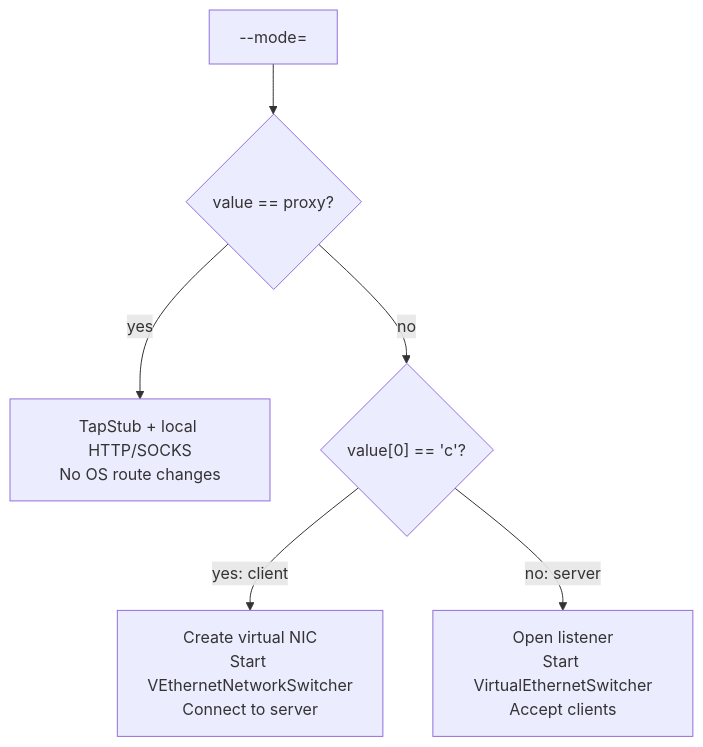
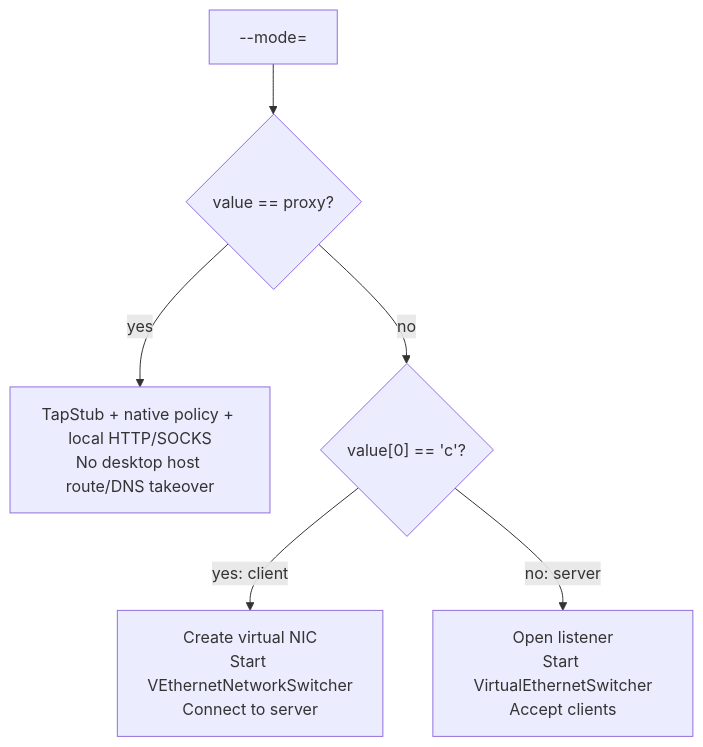
Before and after one commit to rebecca554owen/openppp2: the second of 2 diagrams in docs/reference/CLI_REFERENCE.md, drawn with Mermaid. The commit also changed other lines of this file and 34 other files, not shown here.

````diff
--- a/docs/reference/CLI_REFERENCE.md
+++ b/docs/reference/CLI_REFERENCE.md
@@ -83,8 +85,8 @@
 ```mermaid
 flowchart TD
     A["--mode=<value>"] --> B{"value == proxy?"}
-    B -->|yes| P["TapStub + local HTTP/SOCKS\nNo OS route changes"]
+    B -->|yes| P["TapStub + native policy + local HTTP/SOCKS\nNo desktop host route/DNS takeover"]
     B -->|no| C{"value[0] == 'c'?"}
     C -->|"yes: client"| D["Create virtual NIC\nStart VEthernetNetworkSwitcher\nConnect to server"]
     C -->|"no: server"| E["Open listener\nStart VirtualEthernetSwitcher\nAccept clients"]
 ```
````
